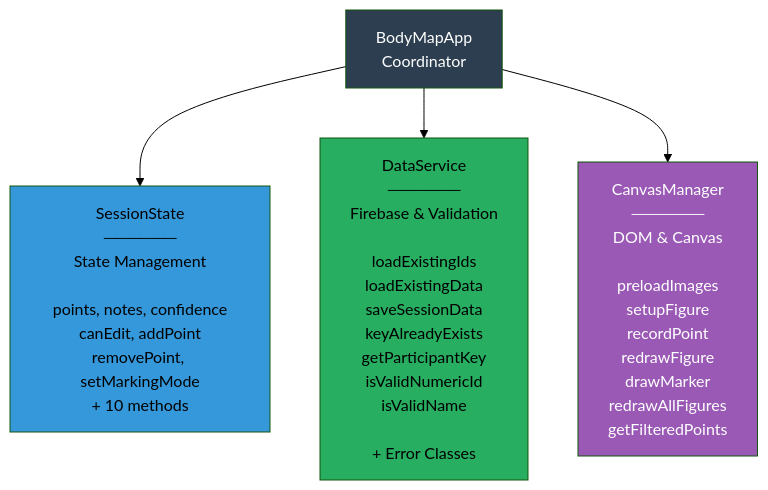
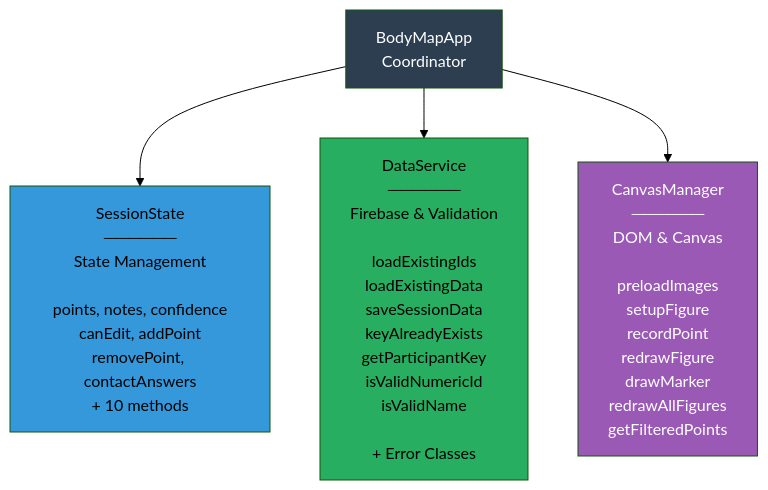
One commit to chraibi/body changed the first of 3 diagrams in README.md. Above: the diagram before and after it, drawn with Mermaid (forest theme). The commit also changed other lines of this file and 2 other files, not shown here.

````diff
--- a/README.md
+++ b/README.md
@@ -11,19 +11,19 @@
 ```mermaid
 flowchart TB
     A["BodyMapApp<br/>Coordinator"]
     
-    B["SessionState<br/>──────<br/>State Management<br/><br/>points, notes, confidence<br/>canEdit, addPoint<br/>removePoint, setMarkingMode<br/>+ 10 methods"]
+    B["SessionState<br/>──────<br/>State Management<br/><br/>points, notes, confidence<br/>canEdit, addPoint<br/>removePoint, contactAnswers<br/>+ 10 methods"]
     
     C["DataService<br/>──────<br/>Firebase & Validation<br/><br/>loadExistingIds<br/>loadExistingData<br/>saveSessionData<br/>keyAlreadyExists<br/>getParticipantKey<br/>isValidNumericId<br/>isValidName<br/><br/>+ Error Classes"]
     
     D["CanvasManager<br/>──────<br/>DOM & Canvas<br/><br/>preloadImages<br/>setupFigure<br/>recordPoint<br/>redrawFigure<br/>drawMarker<br/>redrawAllFigures<br/>getFilteredPoints"]
     
     A --> B
     A --> C
     A --> D
     
     style A fill:#2c3e50,color:#fff
     style B fill:#3498db,color:#000
     style C fill:#27ae60,color:#000
     style D fill:#9b59b6,color:#fff
 ```
````
